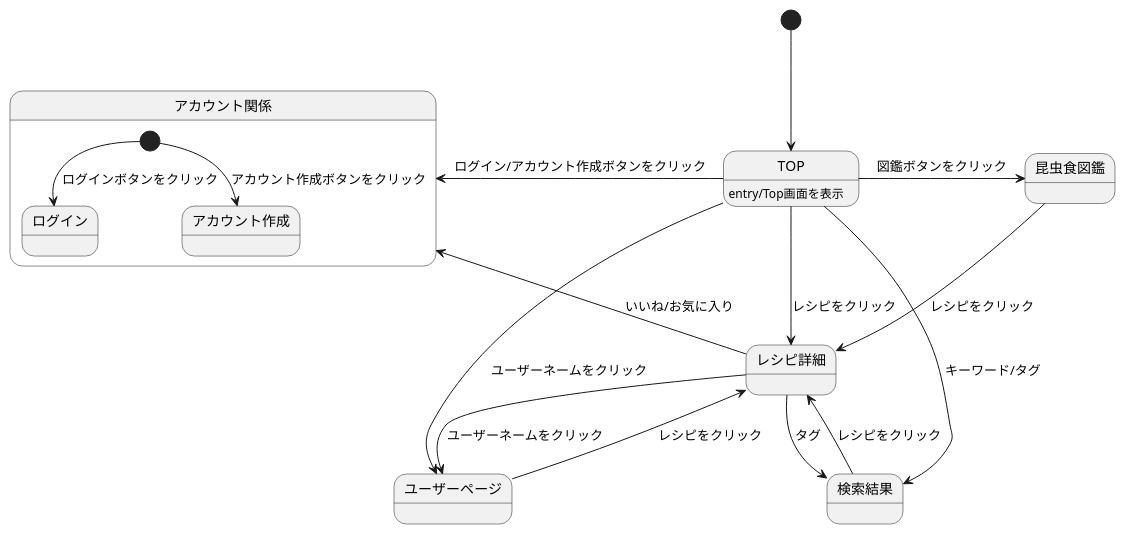
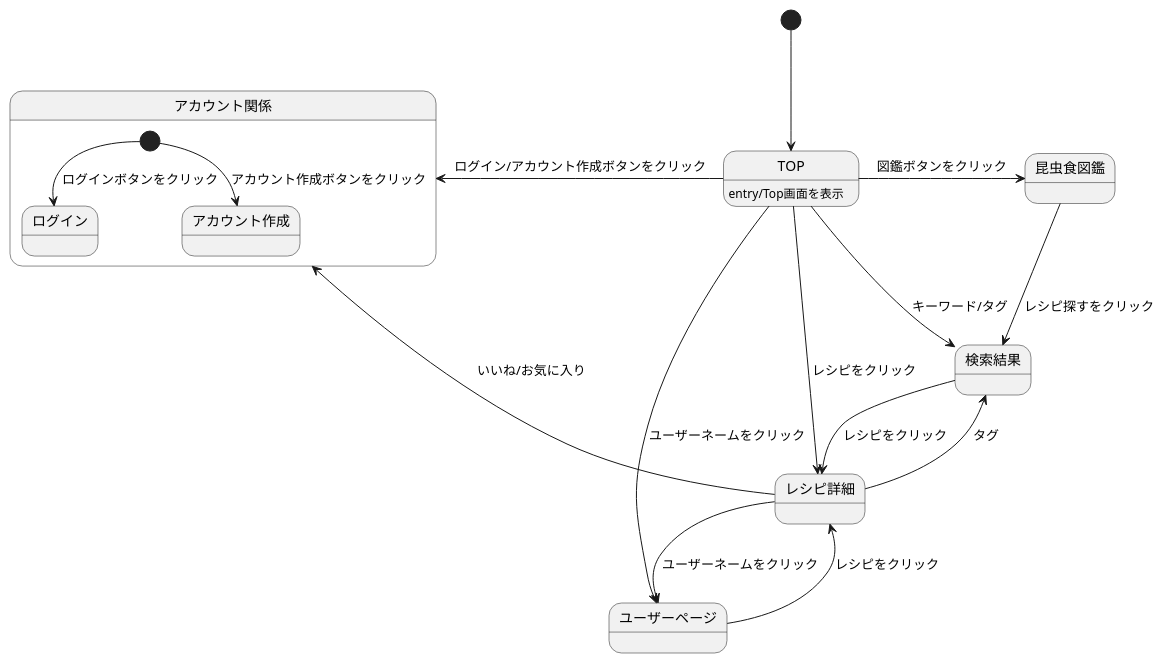
The diagram in ScreenTransitionDiagram.md (ASO2001040/bugbug-design), drawn with PlantUML before and after one commit.

````diff
--- a/ScreenTransitionDiagram.md
+++ b/ScreenTransitionDiagram.md
@@ -1,23 +1,23 @@
 ```uml
 @startuml
 [*]-->TOP
 
 TOP : entry/Top画面を表示
 TOP-left->アカウント関係: ログイン/アカウント作成ボタンをクリック
 TOP->昆虫食図鑑: 図鑑ボタンをクリック
 TOP->レシピ詳細: レシピをクリック
 TOP->ユーザーページ: ユーザーネームをクリック
 TOP->検索結果: キーワード/タグ
 ユーザーページ-->レシピ詳細: レシピをクリック
 レシピ詳細-->ユーザーページ: ユーザーネームをクリック
 レシピ詳細-->検索結果: タグ
 レシピ詳細-->アカウント関係: いいね/お気に入り
 検索結果-->レシピ詳細: レシピをクリック
-昆虫食図鑑-->レシピ詳細: レシピをクリック
+昆虫食図鑑-->検索結果: レシピ探すをクリック
 
 state アカウント関係 {
  [*] --> ログイン: ログインボタンをクリック
  [*] --> アカウント作成: アカウント作成ボタンをクリック
  }
 @enduml
 ```
````
